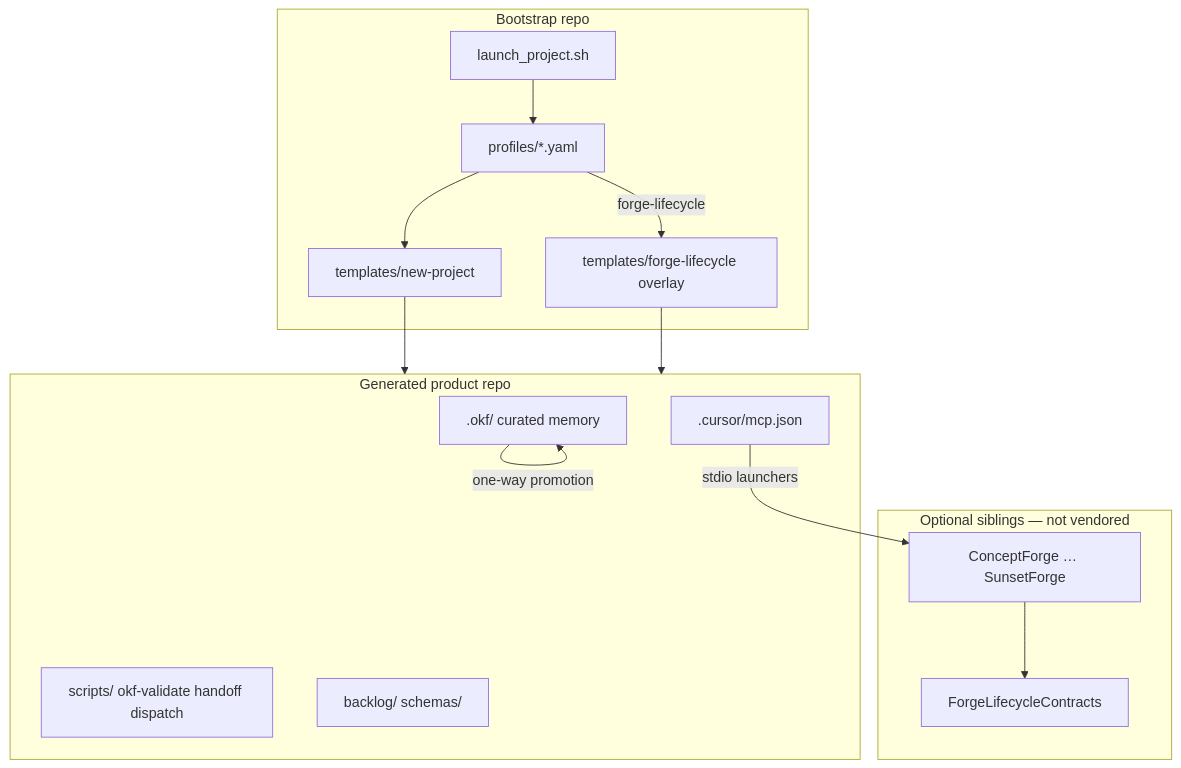
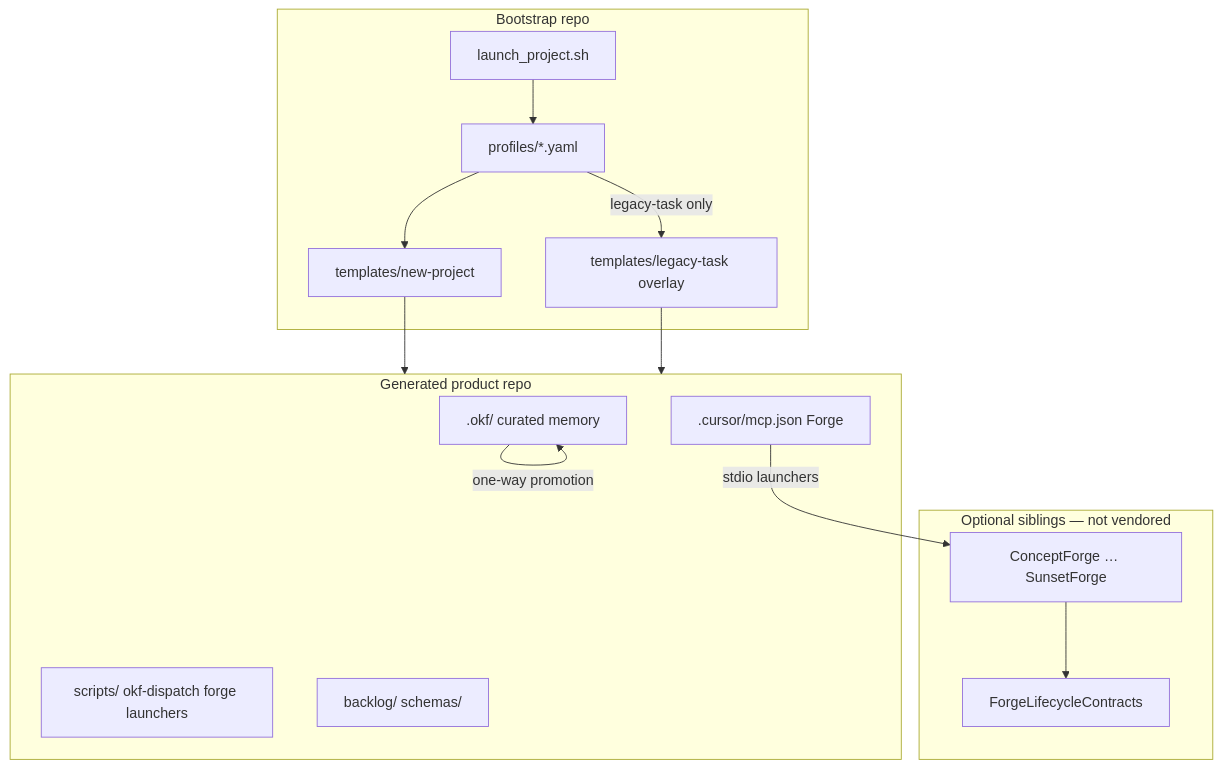
One commit to nicksinx/bootstrap changed the diagram in README.md. Above: the diagram before and after it, drawn with Mermaid. The commit also changed other lines of this file and 102 other files, not shown here.

First line of the commit message:
Bootstrap v2: OKF + Forge default profile, Cursor rules, and project intake skill.

````diff
--- a/README.md
+++ b/README.md
@@ -25,30 +26,30 @@
 ```mermaid
 flowchart TB
   subgraph bootstrap [Bootstrap repo]
     LP[launch_project.sh]
     PROF[profiles/*.yaml]
     TPL[templates/new-project]
-    FO[templates/forge-lifecycle overlay]
+    LEG[templates/legacy-task overlay]
   end
 
   subgraph product [Generated product repo]
     OKF[.okf/ curated memory]
-    SCR[scripts/ okf-validate handoff dispatch]
-    MCP[.cursor/mcp.json]
+    SCR[scripts/ okf-dispatch forge launchers]
+    MCP[.cursor/mcp.json Forge]
     BL[backlog/ schemas/]
   end
 
   subgraph optional [Optional siblings — not vendored]
     FC[ConceptForge … SunsetForge]
     FLC[ForgeLifecycleContracts]
   end
 
   LP --> PROF
   PROF --> TPL
-  PROF -->|forge-lifecycle| FO
+  PROF -->|legacy-task only| LEG
   TPL --> product
-  FO --> product
+  LEG --> product
   MCP -->|stdio launchers| FC
   FC --> FLC
   OKF -->|one-way promotion| OKF
 ```
````
